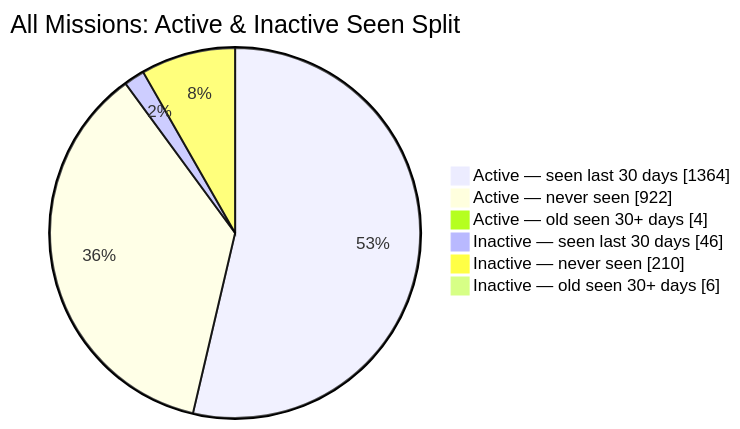
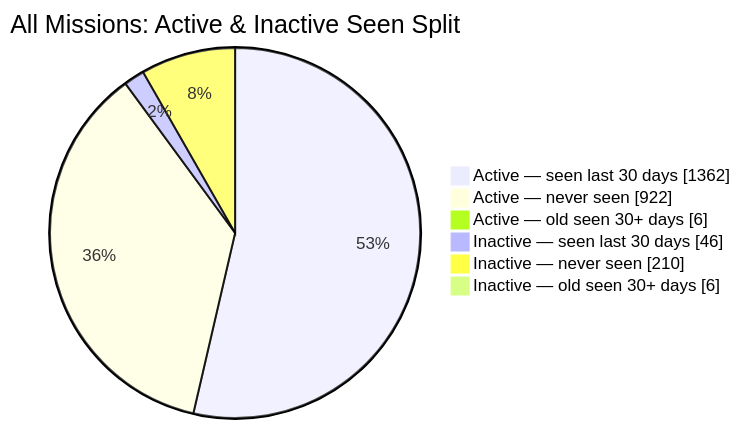
The second of 2 diagrams in README.md (MeldkamerspelGameTeam/active-missions), drawn with Mermaid before and after one commit. The commit also changed other lines of this file and 3 other files, not shown here.

````diff
--- a/README.md
+++ b/README.md
@@ -44,10 +44,10 @@
 ```mermaid
 pie showData
     title All Missions: Active & Inactive Seen Split
-    "Active — seen last 30 days" : 1364
+    "Active — seen last 30 days" : 1362
     "Active — never seen" : 922
-    "Active — old seen 30+ days" : 4
+    "Active — old seen 30+ days" : 6
     "Inactive — seen last 30 days" : 46
     "Inactive — never seen" : 210
     "Inactive — old seen 30+ days" : 6
 ```
````
